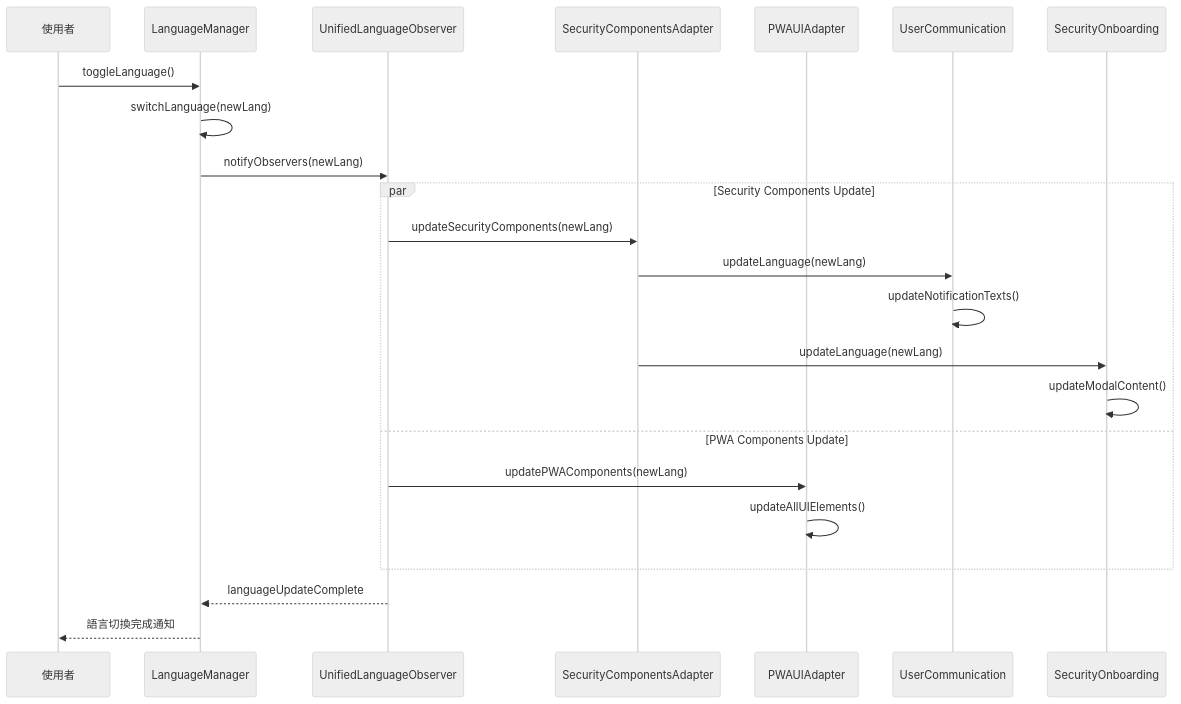
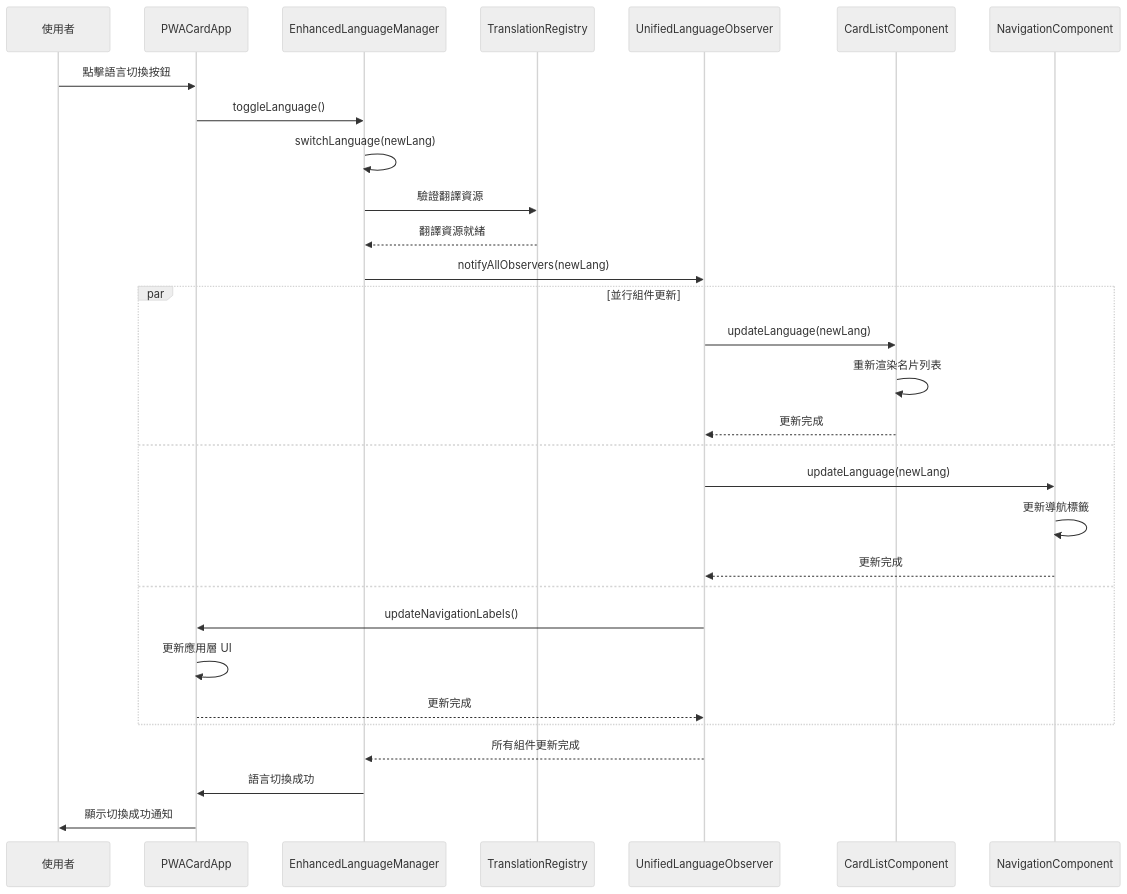
Before and after one commit to iim0663418/DB-Card: the second of 5 diagrams in docs/design.md, drawn with Mermaid (neutral theme). The commit also changed other lines of this file and 65 other files, not shown here.

````diff
--- a/docs/design.md
+++ b/docs/design.md
@@ -57,28 +59,36 @@
 ```mermaid
 sequenceDiagram
     participant User as 使用者
-    participant LM as LanguageManager
+    participant App as PWACardApp
+    participant ELM as EnhancedLanguageManager
+    participant TR as TranslationRegistry
     participant ULO as UnifiedLanguageObserver
-    participant SCA as SecurityComponentsAdapter
-    participant PWA as PWAUIAdapter
-    participant UC as UserCommunication
-    participant SO as SecurityOnboarding
+    participant CL as CardListComponent
+    participant Nav as NavigationComponent
 
-    User->>LM: toggleLanguage()
-    LM->>LM: switchLanguage(newLang)
-    LM->>ULO: notifyObservers(newLang)
+    User->>App: 點擊語言切換按鈕
+    App->>ELM: toggleLanguage()
+    ELM->>ELM: switchLanguage(newLang)
+    ELM->>TR: 驗證翻譯資源
+    TR-->>ELM: 翻譯資源就緒
     
-    par Security Components Update
-        ULO->>SCA: updateSecurityComponents(newLang)
-        SCA->>UC: updateLanguage(newLang)
-        UC->>UC: updateNotificationTexts()
-        SCA->>SO: updateLanguage(newLang)
-        SO->>SO: updateModalContent()
-    and PWA Components Update
-        ULO->>PWA: updatePWAComponents(newLang)
-        PWA->>PWA: updateAllUIElements()
+    ELM->>ULO: notifyAllObservers(newLang)
+    
+    par 並行組件更新
+        ULO->>CL: updateLanguage(newLang)
+        CL->>CL: 重新渲染名片列表
+        CL-->>ULO: 更新完成
+    and
+        ULO->>Nav: updateLanguage(newLang)
+        Nav->>Nav: 更新導航標籤
+        Nav-->>ULO: 更新完成
+    and
+        ULO->>App: updateNavigationLabels()
+        App->>App: 更新應用層 UI
+        App-->>ULO: 更新完成
     end
     
-    ULO-->>LM: languageUpdateComplete
-    LM-->>User: 語言切換完成通知
+    ULO-->>ELM: 所有組件更新完成
+    ELM->>App: 語言切換成功
+    App->>User: 顯示切換成功通知
 ```
````
